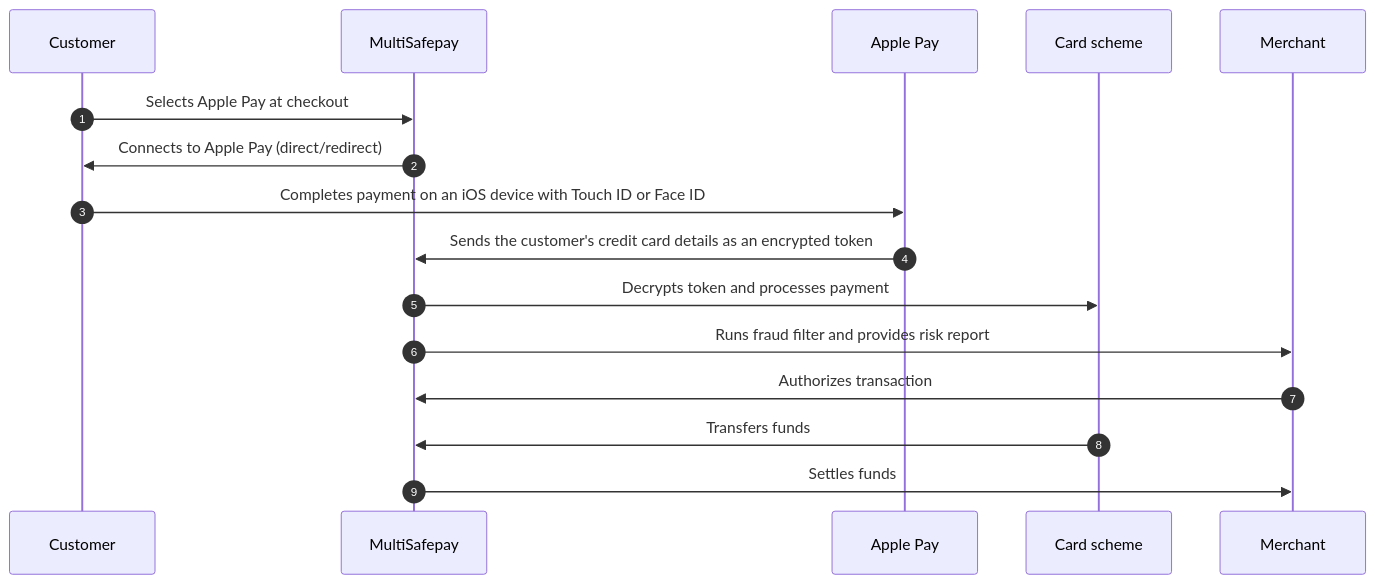
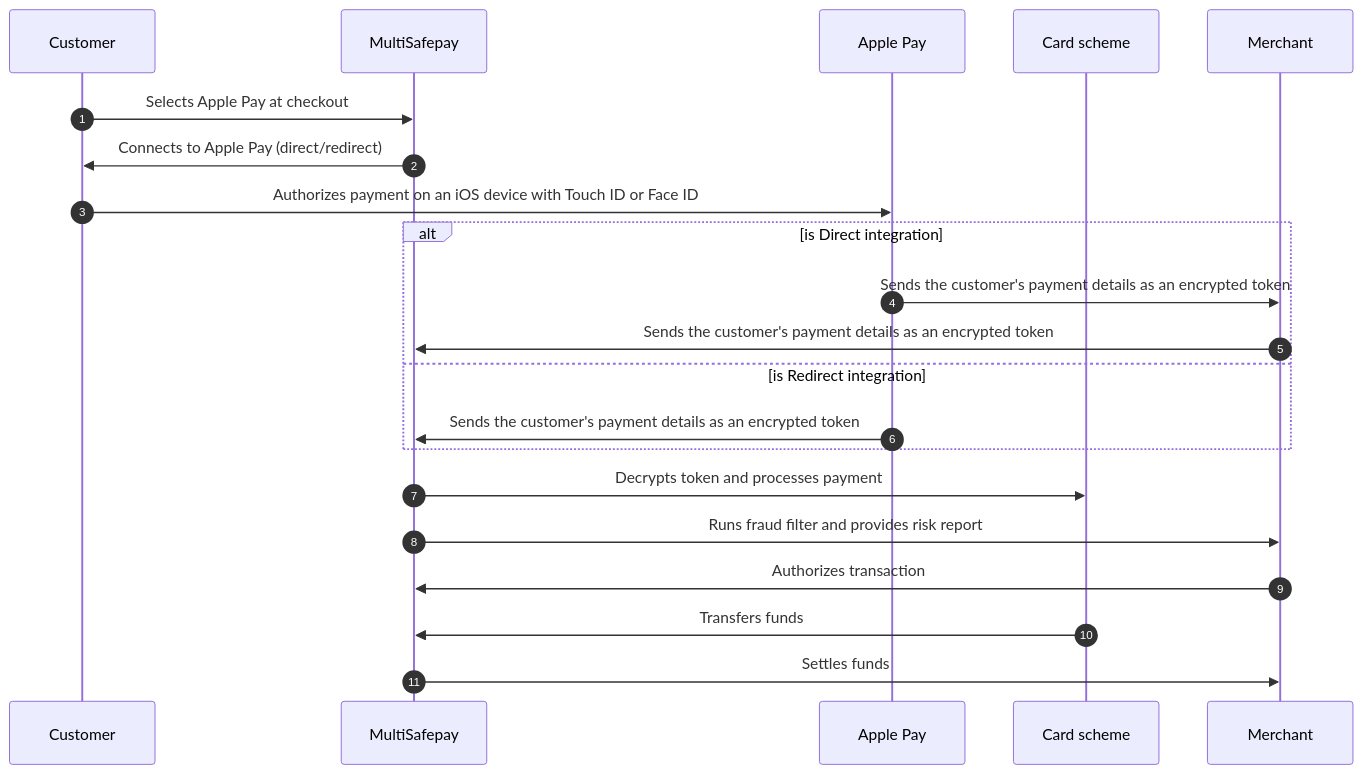
One commit to MultiSafepay/docs changed the diagram in content/payments/methods/wallet/applepay/payment-flow.md. Above: the diagram before and after it, drawn with Mermaid. The commit also changed 2 other files, not shown here.

Commit message:
Review payment diagrams by Kris

```diff
--- a/content/payments/methods/wallet/applepay/payment-flow.md
+++ b/content/payments/methods/wallet/applepay/payment-flow.md
@@ -17,21 +17,26 @@
 {{< mermaid class="text-center" >}}
 
 sequenceDiagram
     autonumber
     participant C as Customer
     participant Mu as MultiSafepay
     participant A as Apple Pay
     participant CS as Card scheme
     participant Me as Merchant
 
     C->>Mu: Selects Apple Pay at checkout
     Mu->>C: Connects to Apple Pay (direct/redirect)
-    C->>A: Completes payment on an iOS device with Touch ID or Face ID
-    A->>Mu: Sends the customer's credit card details as an encrypted token
+    C->>A: Authorizes payment on an iOS device with Touch ID or Face ID
+    alt is Direct integration
+    A->>Me: Sends the customer's payment details as an encrypted token
+    Me->>Mu: Sends the customer's payment details as an encrypted token
+    else is Redirect integration
+    A->>Mu: Sends the customer's payment details as an encrypted token
+    end
     Mu->>CS: Decrypts token and processes payment
     Mu->>Me: Runs fraud filter and provides risk report
     Me->>Mu: Authorizes transaction
     CS->>Mu: Transfers funds 
     Mu->>Me: Settles funds
 
 {{< /mermaid >}}
```
